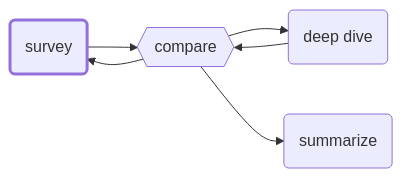
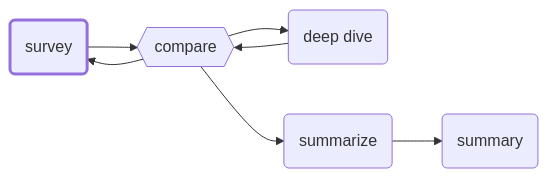
Before and after one commit to GEMISIS/leviath: the diagram in docs/assets/agents/src/wide-researcher.mmd, drawn with Mermaid. The commit also changed 41 other files, not shown here.

```diff
--- a/docs/assets/agents/src/wide-researcher.mmd
+++ b/docs/assets/agents/src/wide-researcher.mmd
@@ -1,12 +1,14 @@
 flowchart LR
     survey(survey)
     compare{{compare}}
     deep_dive(deep dive)
     summarize(summarize)
+    summary(summary)
     survey --> compare
     compare --> survey
     compare --> deep_dive
     compare --> summarize
     deep_dive --> compare
+    summarize --> summary
     classDef entry stroke-width:3px
     class survey entry
```
